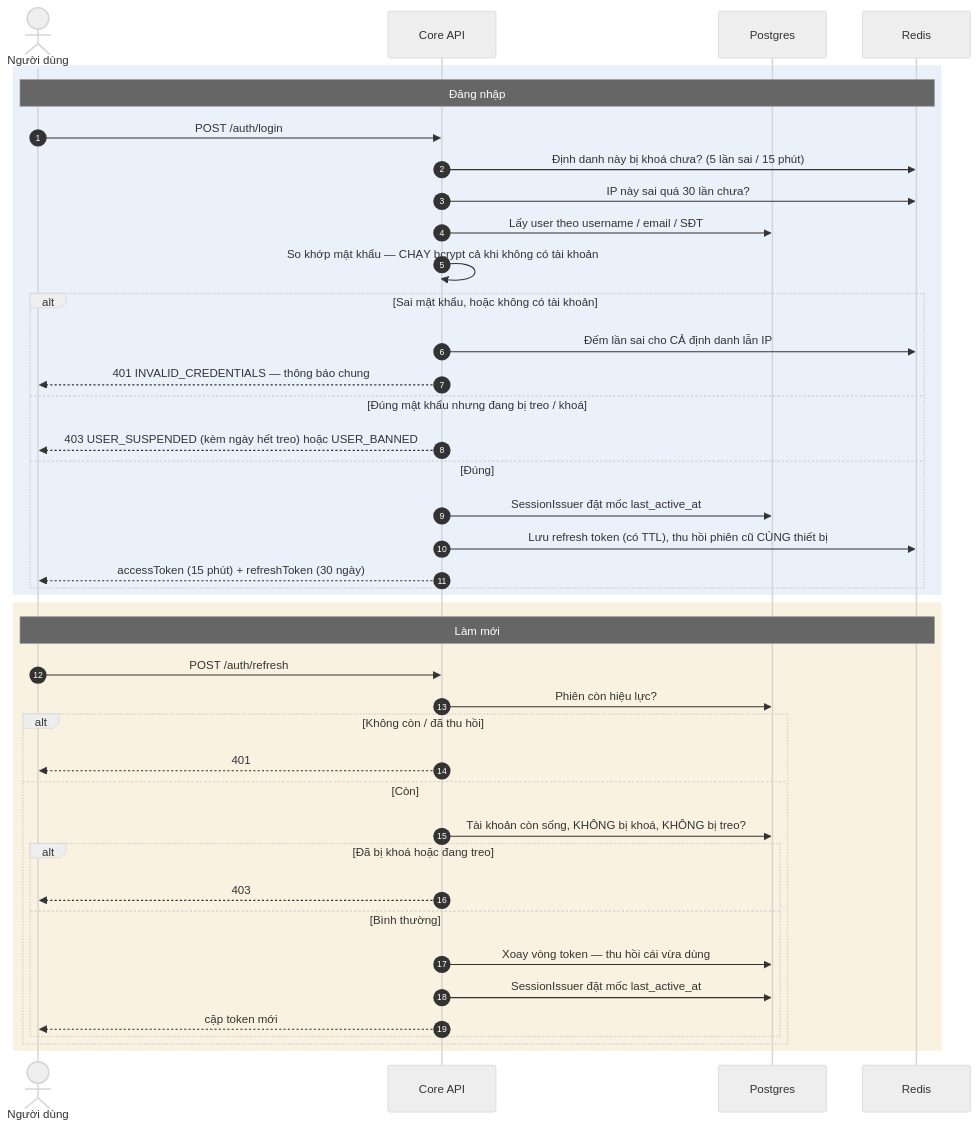
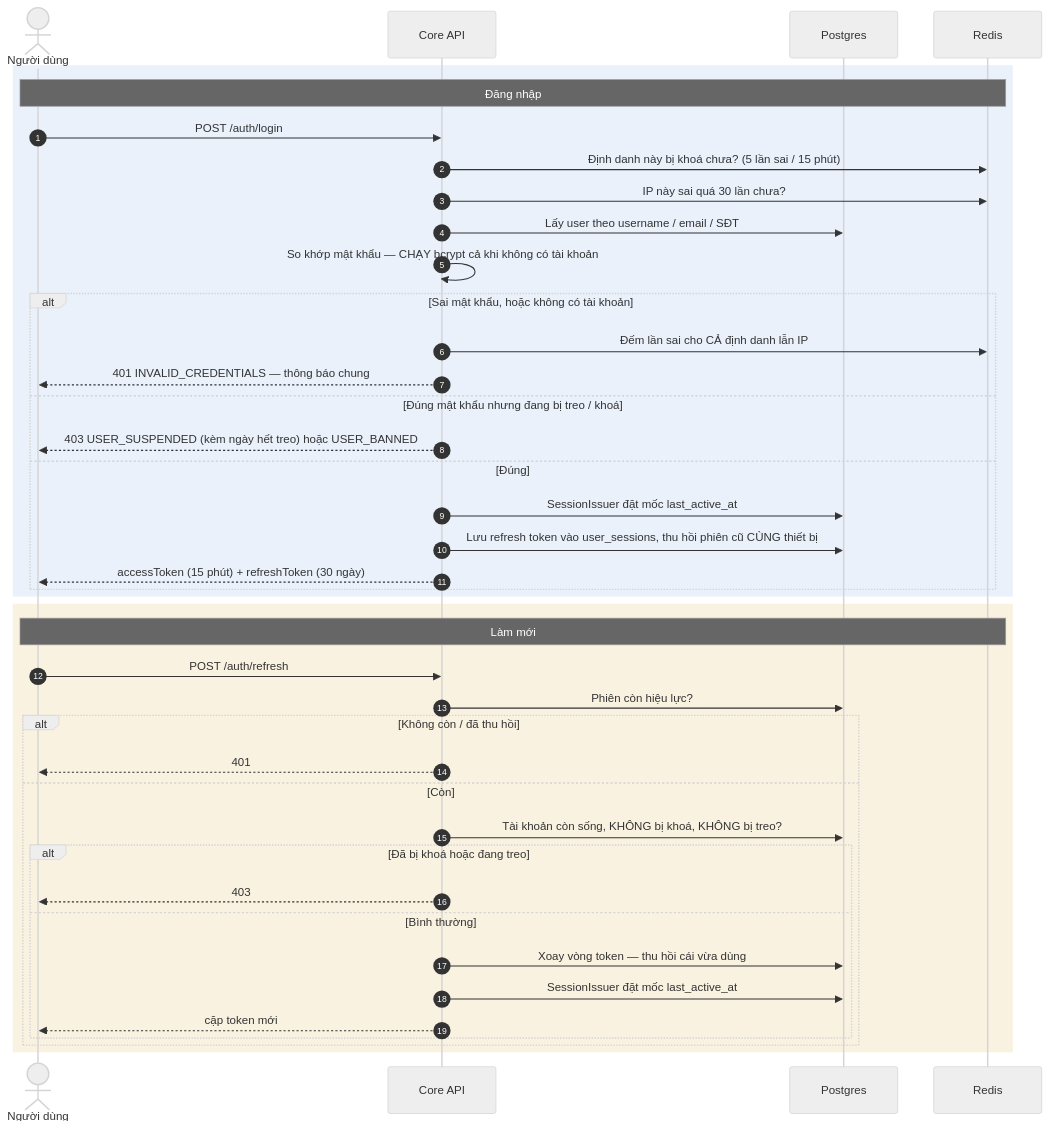
One commit to fdshn/trueheart changed the second of 6 diagrams in docs/diagram/01-auth.md. Above: the diagram before and after it, drawn with Mermaid (neutral theme). The commit also changed other lines of this file and 49 other files, not shown here.

````diff
--- a/docs/diagram/01-auth.md
+++ b/docs/diagram/01-auth.md
@@ -76,45 +77,45 @@
 ```mermaid
 sequenceDiagram
     autonumber
     actor U as Người dùng
     participant API as Core API
     participant DB as Postgres
     participant R as Redis
 
     rect rgba(80, 140, 220, 0.12)
     Note over U,R: Đăng nhập
     U->>API: POST /auth/login
     API->>R: Định danh này bị khoá chưa? (5 lần sai / 15 phút)
     API->>R: IP này sai quá 30 lần chưa?
     API->>DB: Lấy user theo username / email / SĐT
     API->>API: So khớp mật khẩu — CHẠY bcrypt cả khi không có tài khoản
     alt Sai mật khẩu, hoặc không có tài khoản
         API->>R: Đếm lần sai cho CẢ định danh lẫn IP
         API-->>U: 401 INVALID_CREDENTIALS — thông báo chung
     else Đúng mật khẩu nhưng đang bị treo / khoá
         API-->>U: 403 USER_SUSPENDED (kèm ngày hết treo) hoặc USER_BANNED
     else Đúng
         API->>DB: SessionIssuer đặt mốc last_active_at
-        API->>R: Lưu refresh token (có TTL), thu hồi phiên cũ CÙNG thiết bị
+        API->>DB: Lưu refresh token vào user_sessions, thu hồi phiên cũ CÙNG thiết bị
         API-->>U: accessToken (15 phút) + refreshToken (30 ngày)
     end
     end
 
     rect rgba(220, 160, 40, 0.14)
     Note over U,R: Làm mới
     U->>API: POST /auth/refresh
     API->>DB: Phiên còn hiệu lực?
     alt Không còn / đã thu hồi
         API-->>U: 401
     else Còn
         API->>DB: Tài khoản còn sống, KHÔNG bị khoá, KHÔNG bị treo?
         alt Đã bị khoá hoặc đang treo
             API-->>U: 403
         else Bình thường
             API->>DB: Xoay vòng token — thu hồi cái vừa dùng
             API->>DB: SessionIssuer đặt mốc last_active_at
             API-->>U: cặp token mới
         end
     end
     end
 ```
````
